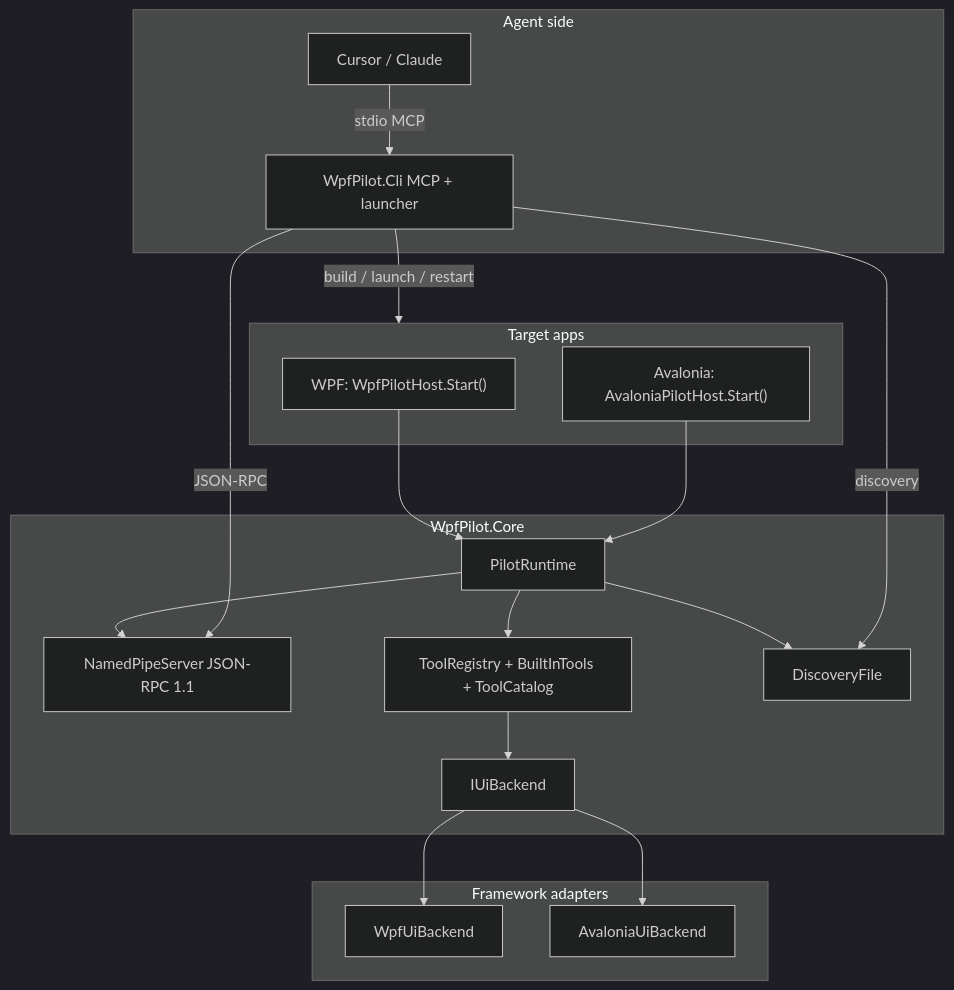
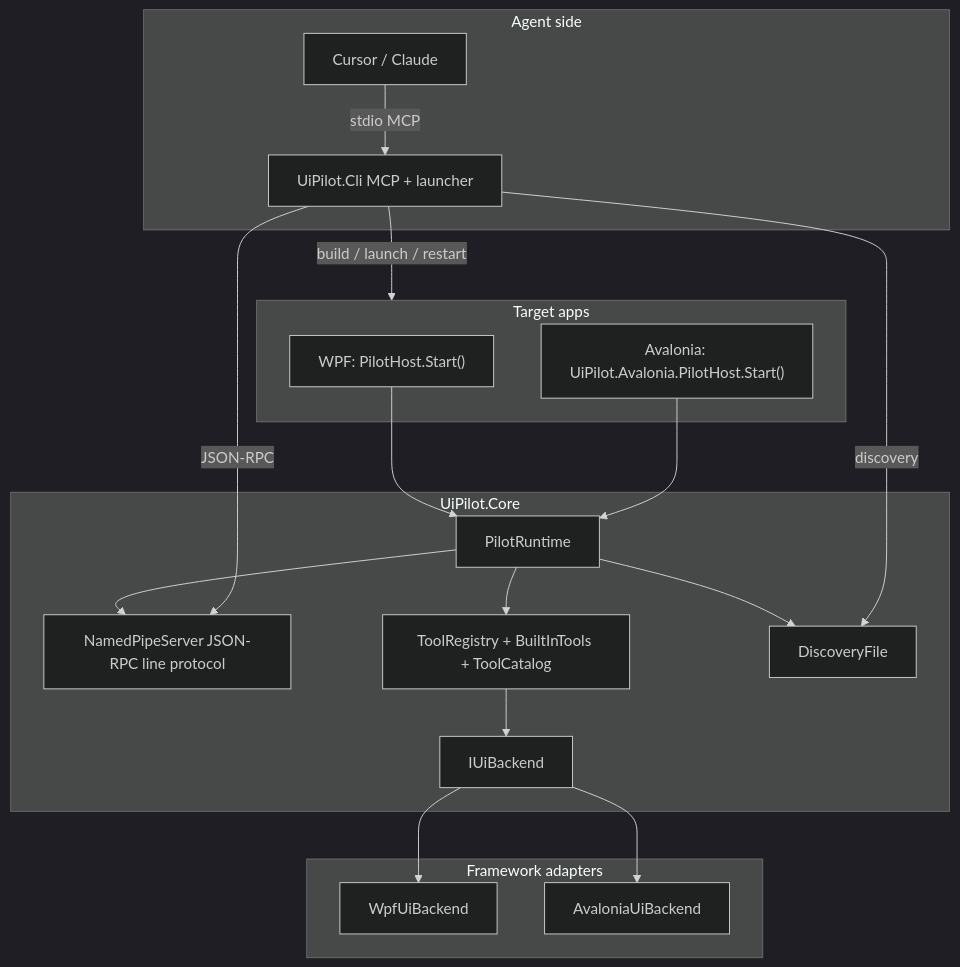
Before and after one commit to sivak1982/UiPilot: the diagram in docs/02-architecture.md, drawn with Mermaid (dark theme). The commit also changed other lines of this file and 145 other files, not shown here.

First line of the commit message:
Rename to UiPilot (clean break) and harden MCP/protocol fixes (#3)

````diff
--- a/docs/02-architecture.md
+++ b/docs/02-architecture.md
@@ -3,34 +3,34 @@
 ```mermaid
 flowchart TB
   subgraph consumers [Target apps]
-    WpfApp["WPF: WpfPilotHost.Start()"]
-    AvaApp["Avalonia: AvaloniaPilotHost.Start()"]
+    WpfApp["WPF: PilotHost.Start()"]
+    AvaApp["Avalonia: UiPilot.Avalonia.PilotHost.Start()"]
   end
-  subgraph core [WpfPilot.Core]
+  subgraph core [UiPilot.Core]
     Runtime[PilotRuntime]
-    Pipe[NamedPipeServer JSON-RPC 1.1]
+    Pipe[NamedPipeServer JSON-RPC line protocol]
     Reg[ToolRegistry + BuiltInTools + ToolCatalog]
     Contract[IUiBackend]
     Disc[DiscoveryFile]
   end
   subgraph adapters [Framework adapters]
     WpfBack[WpfUiBackend]
     AvaBack[AvaloniaUiBackend]
   end
   subgraph agentSide [Agent side]
-    CLI["WpfPilot.Cli MCP + launcher"]
+    CLI["UiPilot.Cli MCP + launcher"]
     Cursor[Cursor / Claude]
   end
   WpfApp --> Runtime
   AvaApp --> Runtime
   Runtime --> Pipe
   Runtime --> Reg
   Reg --> Contract
   Contract --> WpfBack
   Contract --> AvaBack
   Runtime --> Disc
   Cursor -->|stdio MCP| CLI
   CLI -->|build / launch / restart| consumers
   CLI -->|JSON-RPC| Pipe
   CLI -->|discovery| Disc
 ```
````
